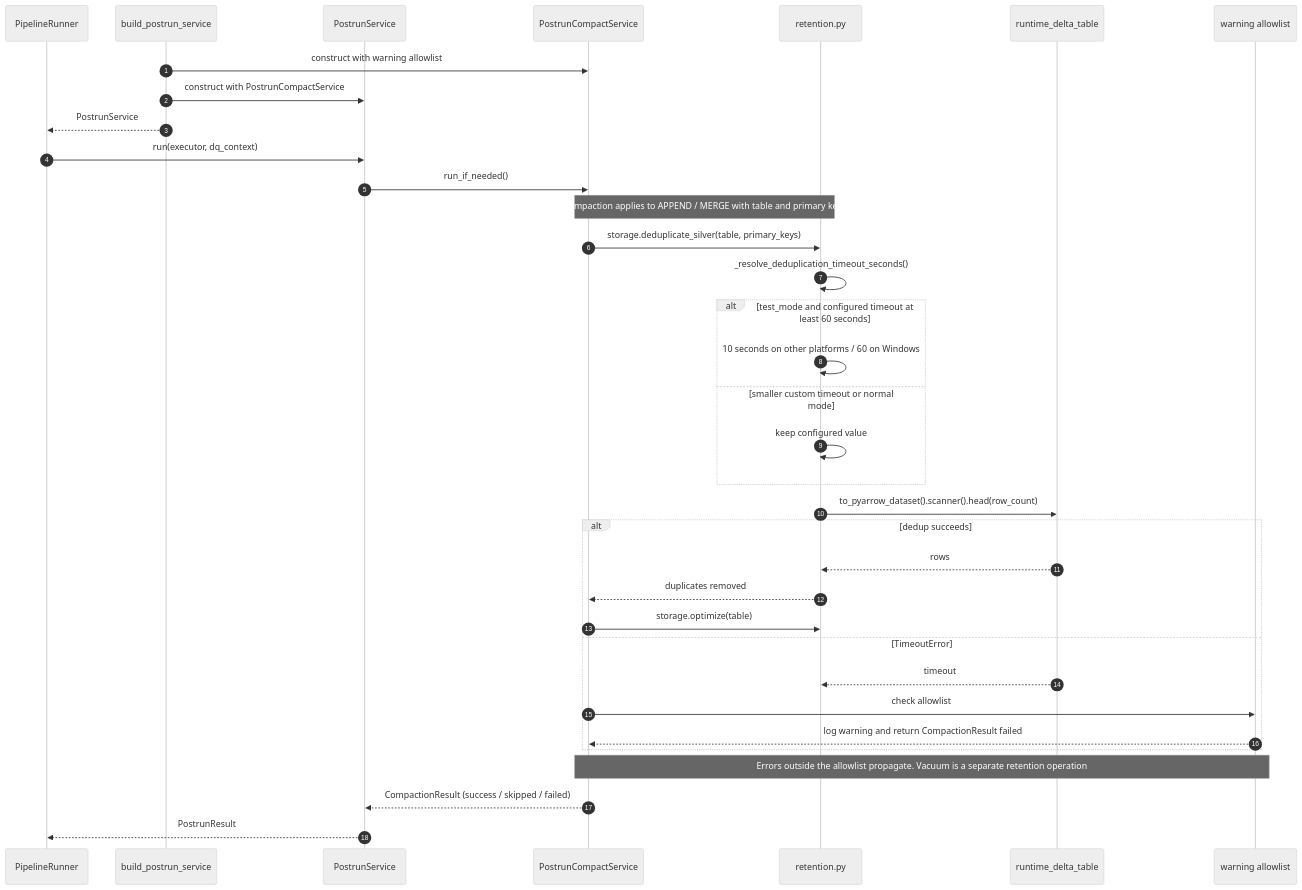
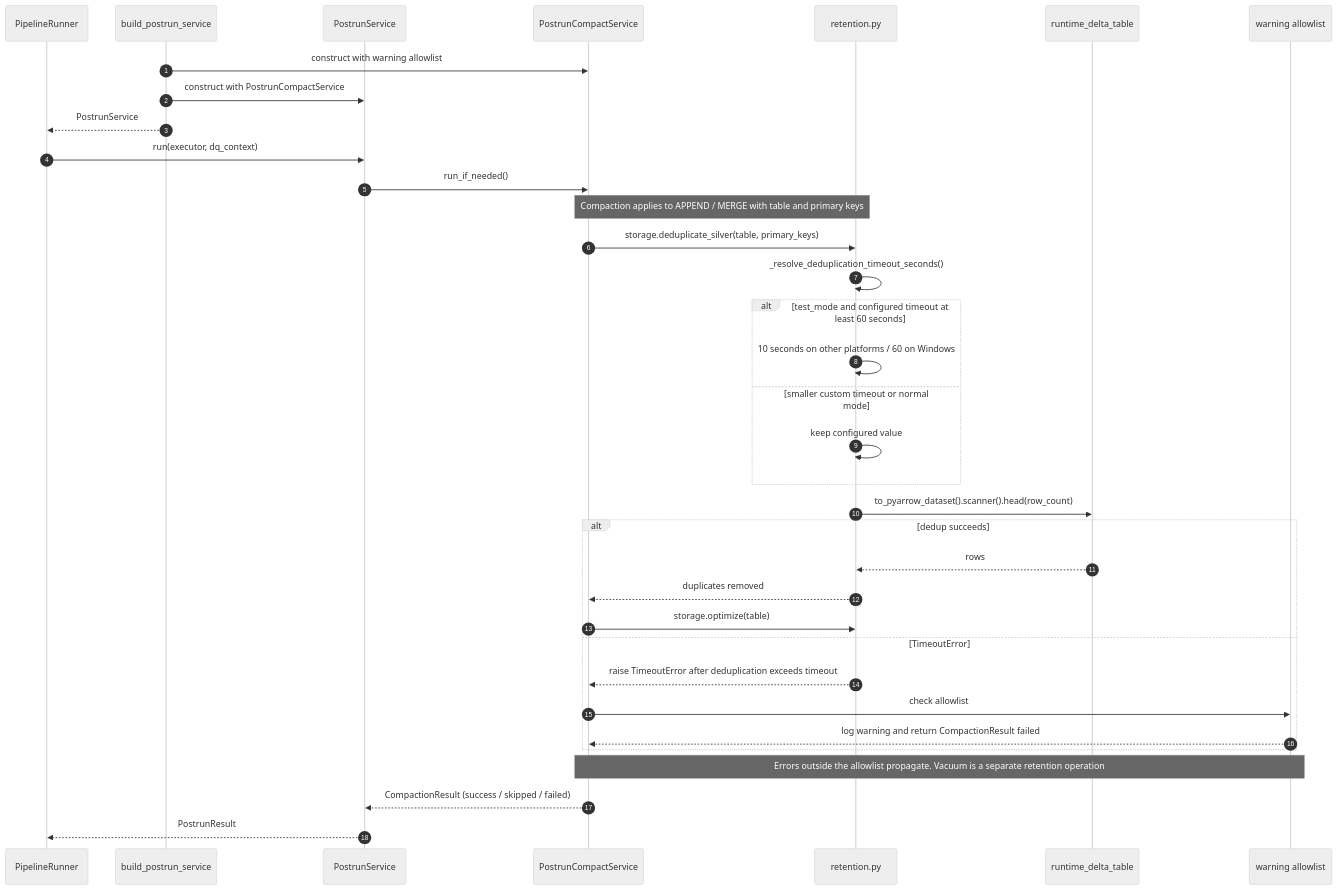
Before and after one commit to SatoryKono/BioactivityDataAcquisition: the diagram in docs/02-architecture/diagrams/architecture/30-postrun-retention-deduplication-and-vacuum-warning-path.mmd, drawn with Mermaid. The commit also changed 1 other file, not shown here.

Commit message:
docs(diagrams): correct retention timeout direction

```diff
--- a/docs/02-architecture/diagrams/architecture/30-postrun-retention-deduplication-and-vacuum-warning-path.mmd
+++ b/docs/02-architecture/diagrams/architecture/30-postrun-retention-deduplication-and-vacuum-warning-path.mmd
@@ -1,45 +1,45 @@
 %%{init: {'theme': 'neutral', 'themeVariables': {'fontFamily': 'Inter, system-ui', 'lineWidth': '2'}}}%%
 %% Title: Postrun Retention Deduplication And Vacuum Warning Path
-%% @version 1.1.0
-%% @date    2026-10-09
-%% Reviewed against main 9a7339dc: storage/support/retention.py, retention_dedup.py; core/postrun/compact_orchestrator.py
+%% @version 1.1.1
+%% @date    2026-10-14
+%% Reviewed against eb89071531: storage/support/retention.py, retention_dedup.py; core/postrun/compact_orchestrator.py
 %% @type    sequenceDiagram
 %% @level   System / Interaction
 %% @nodes   7
 %% RULES: RULES.md §2.1, §2.8, ADR-013, ADR-014
 sequenceDiagram
     autonumber
     participant Runner as PipelineRunner
     participant Builder as build_postrun_service
     participant Postrun as PostrunService
     participant Service as PostrunCompactService
     participant Retention as retention.py
     participant Delta as runtime_delta_table
     participant Warn as warning allowlist
 
     Builder->>Service: construct with warning allowlist
     Builder->>Postrun: construct with PostrunCompactService
     Builder-->>Runner: PostrunService
     Runner->>Postrun: run(executor, dq_context)
     Postrun->>Service: run_if_needed()
     Note over Service,Retention: Compaction applies to APPEND / MERGE with table and primary keys
     Service->>Retention: storage.deduplicate_silver(table, primary_keys)
     Retention->>Retention: _resolve_deduplication_timeout_seconds()
     alt test_mode and configured timeout at least 60 seconds
         Retention->>Retention: 10 seconds on other platforms / 60 on Windows
     else smaller custom timeout or normal mode
         Retention->>Retention: keep configured value
     end
     Retention->>Delta: to_pyarrow_dataset().scanner().head(row_count)
     alt dedup succeeds
         Delta-->>Retention: rows
         Retention-->>Service: duplicates removed
         Service->>Retention: storage.optimize(table)
     else TimeoutError
-        Delta-->>Retention: timeout
+        Retention-->>Service: raise TimeoutError after deduplication exceeds timeout
         Service->>Warn: check allowlist
         Warn-->>Service: log warning and return CompactionResult failed
     end
     Note over Service,Warn: Errors outside the allowlist propagate. Vacuum is a separate retention operation
     Service-->>Postrun: CompactionResult (success / skipped / failed)
     Postrun-->>Runner: PostrunResult
```
